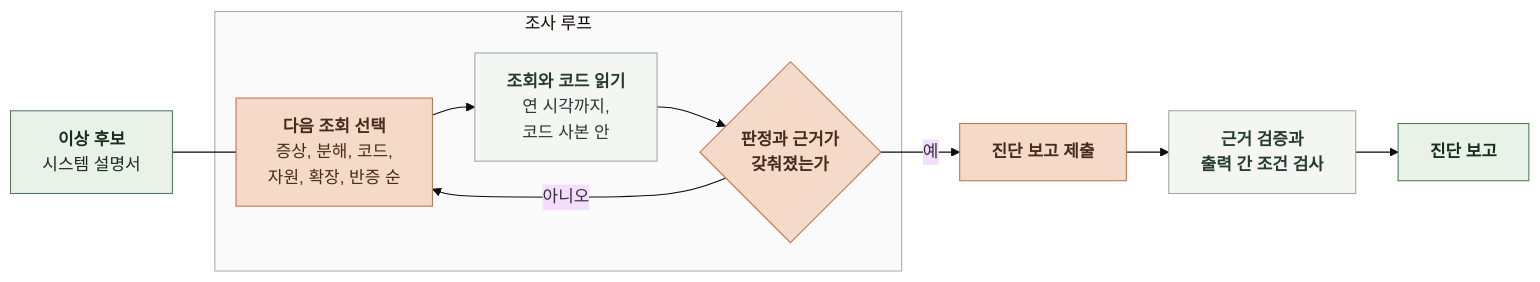
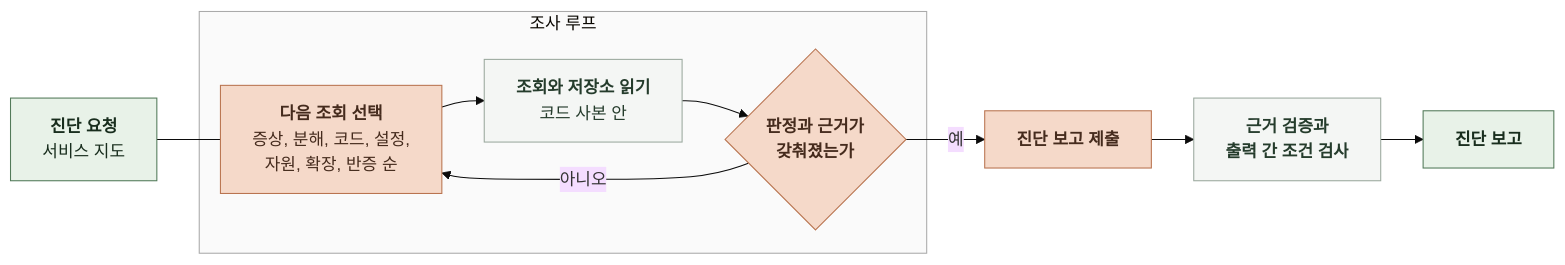
The diagram in docs/domain/OBSERVABILITY/AI/4-1-DESIGN-COGNITIVE-ARCHITECTURE.md (KIM-N-KANG/knk-harness), drawn with Mermaid (base theme) before and after one commit. The commit also changed other lines of this file and 18 other files, not shown here.

````diff
--- a/docs/domain/OBSERVABILITY/AI/4-1-DESIGN-COGNITIVE-ARCHITECTURE.md
+++ b/docs/domain/OBSERVABILITY/AI/4-1-DESIGN-COGNITIVE-ARCHITECTURE.md
@@ -47,30 +47,29 @@
 ```mermaid
 %%{init: {"flowchart": {"curve": "basis", "nodeSpacing": 24, "rankSpacing": 40}}}%%
 flowchart LR
-    C["`**이상 후보**
-시스템 설명서`"] --- Q
+    C["`**진단 요청**
+서비스 지도`"] --- Q
     subgraph LOOP["조사 루프"]
         Q["`**다음 조회 선택**
-증상, 분해, 코드,
+증상, 분해, 코드, 설정,
 자원, 확장, 반증 순`"]
-        T["`**조회와 코드 읽기**
-연 시각까지,
+        T["`**조회와 저장소 읽기**
 코드 사본 안`"]
         H{"`**판정과 근거가
 갖춰졌는가**`"}
         Q --> T
         T --> H
         H -->|아니오| Q
     end
     H -->|예| R["`**진단 보고 제출**`"]
     R --> V["`**근거 검증과
 출력 간 조건 검사**`"]
     V --> O["`**진단 보고**`"]
     classDef data fill:#E8F2E8,stroke:#527A59,color:#182D1D
     classDef model fill:#F5D9C9,stroke:#B97450,color:#452B1D
     classDef code fill:#F4F6F4,stroke:#9BA99E,color:#253C2C
     class C,O data
     class Q,H,R model
     class T,V code
     style LOOP fill:#FAFAFA,stroke:#AAAAAA
 ```
````
